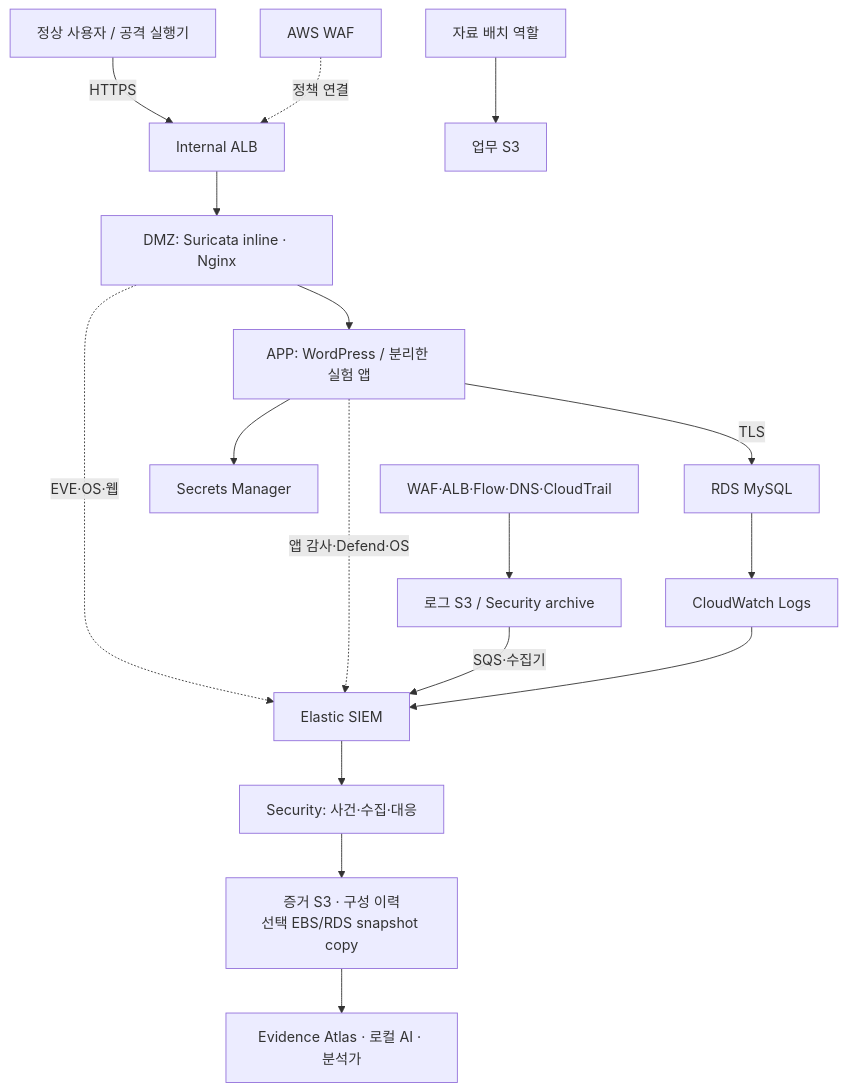
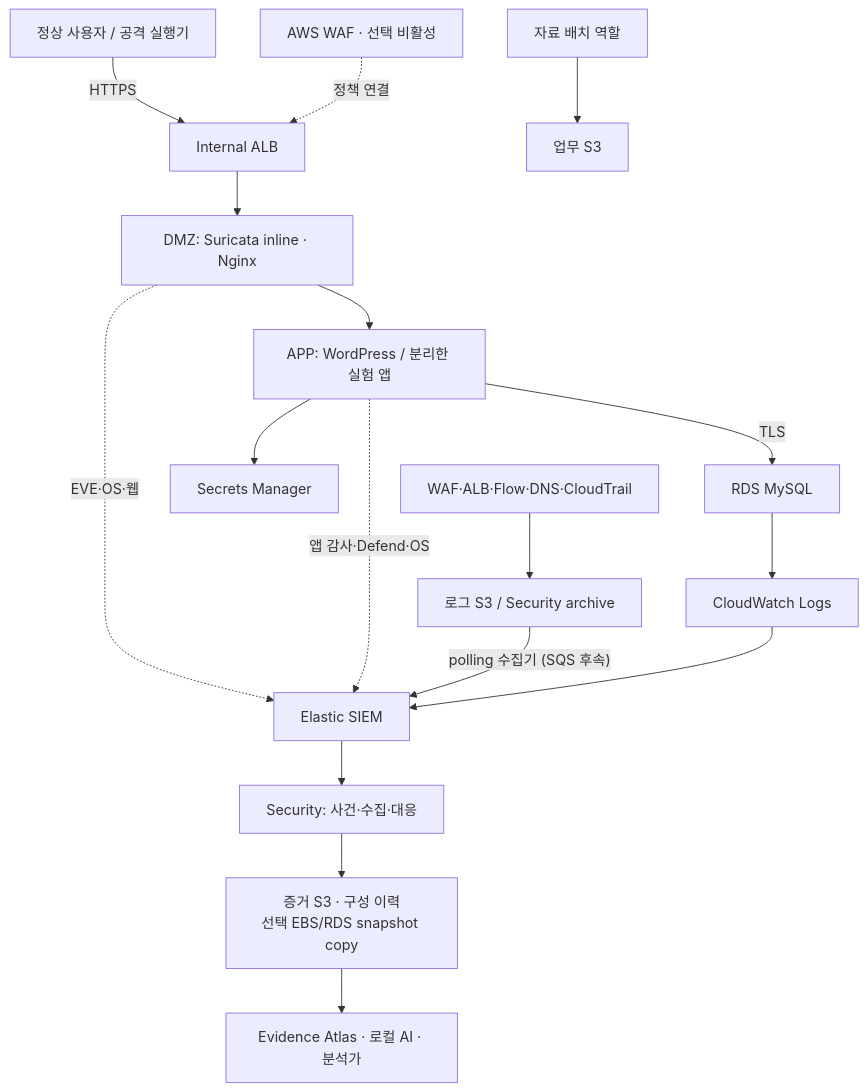
One commit to acvbbnm/dfir changed the diagram in cloud-lab/DESIGN.md. Above: the diagram before and after it, drawn with Mermaid. The commit also changed other lines of this file and 120 other files, not shown here.

```diff
--- a/cloud-lab/DESIGN.md
+++ b/cloud-lab/DESIGN.md
@@ -49,19 +54,19 @@
 ~~~mermaid
 flowchart TB
     U["정상 사용자 / 공격 실행기"] -->|"HTTPS"| ALB["Internal ALB"]
-    WAF["AWS WAF"] -. "정책 연결" .-> ALB
+    WAF["AWS WAF · 선택 비활성"] -. "정책 연결" .-> ALB
     ALB --> WEB["DMZ: Suricata inline · Nginx"]
     WEB --> APP["APP: WordPress / 분리한 실험 앱"]
     APP -->|"TLS"| DB["RDS MySQL"]
     APP --> SM["Secrets Manager"]
     B["자료 배치 역할"] --> DATA["업무 S3"]
     LOG["WAF·ALB·Flow·DNS·CloudTrail"] --> S3["로그 S3 / Security archive"]
     DB --> CW["CloudWatch Logs"]
     WEB -. "EVE·OS·웹" .-> ES["Elastic SIEM"]
     APP -. "앱 감사·Defend·OS" .-> ES
-    S3 -->|"SQS·수집기"| ES
+    S3 -->|"polling 수집기 (SQS 후속)"| ES
     CW --> ES
     ES --> CASE["Security: 사건·수집·대응"]
     CASE --> EVID["증거 S3 · 구성 이력<br/>선택 EBS/RDS snapshot copy"]
     EVID --> ATLAS["Evidence Atlas · 로컬 AI · 분석가"]
 ~~~
```
